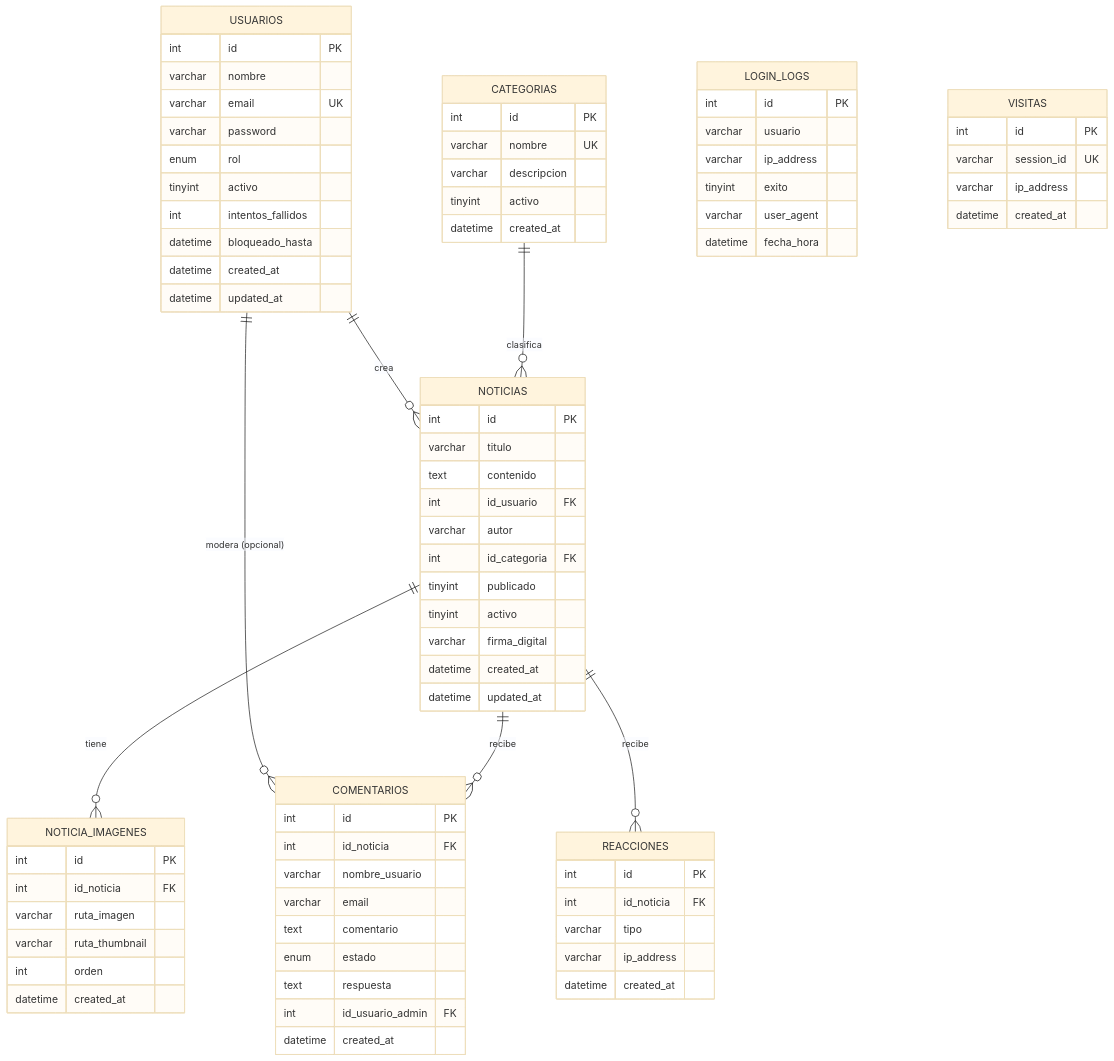
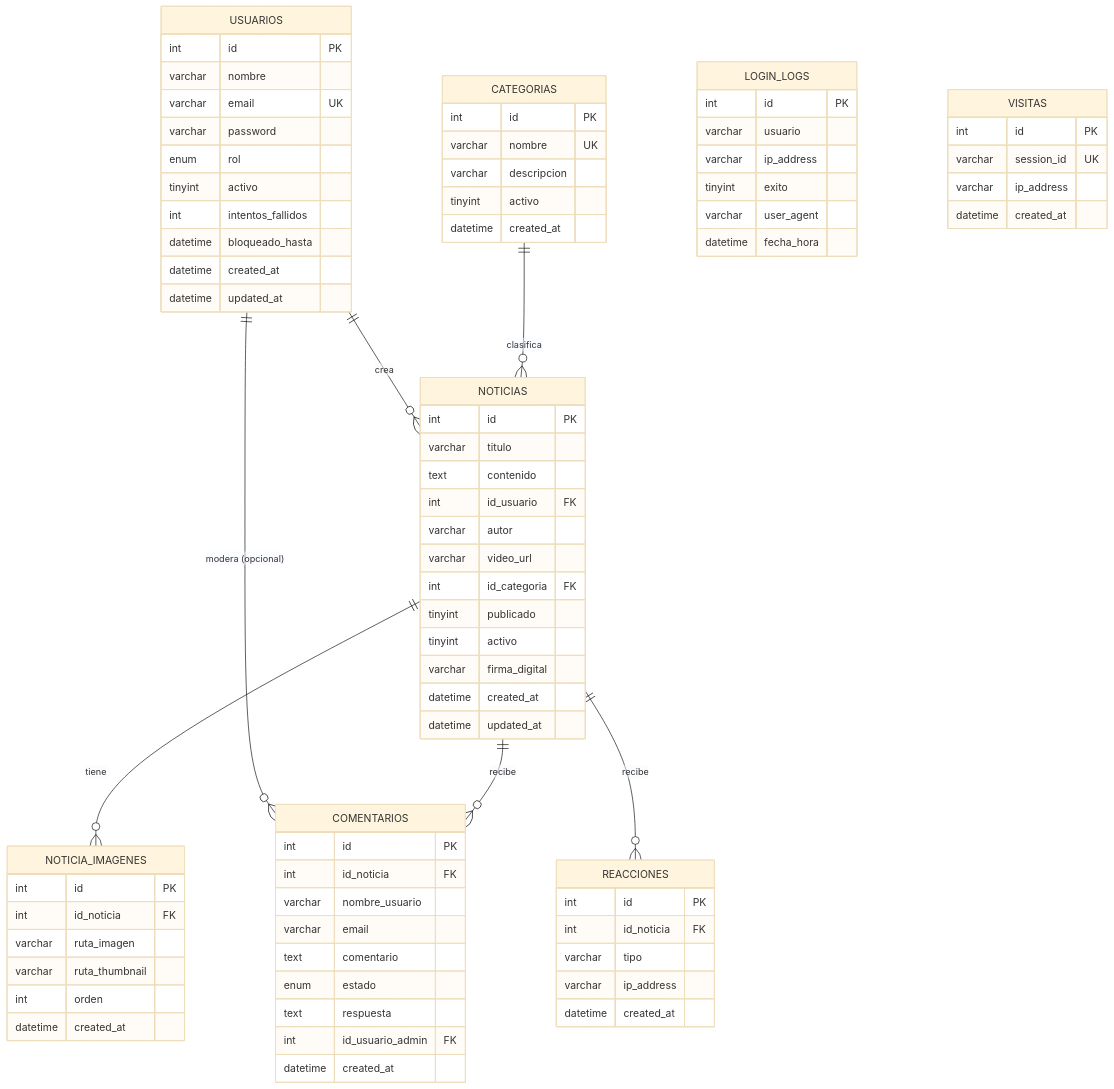
Before and after one commit to shirleywen30/ProyectoFinal_DS7: the fifth of 5 diagrams in docs/Diagramas_UML.md, drawn with Mermaid (base theme). The commit also changed other lines of this file and 37 other files, not shown here.

```diff
--- a/docs/Diagramas_UML.md
+++ b/docs/Diagramas_UML.md
@@ -396,6 +437,7 @@
         text contenido
         int id_usuario FK
         varchar autor
+        varchar video_url
         int id_categoria FK
         tinyint publicado
         tinyint activo
```
